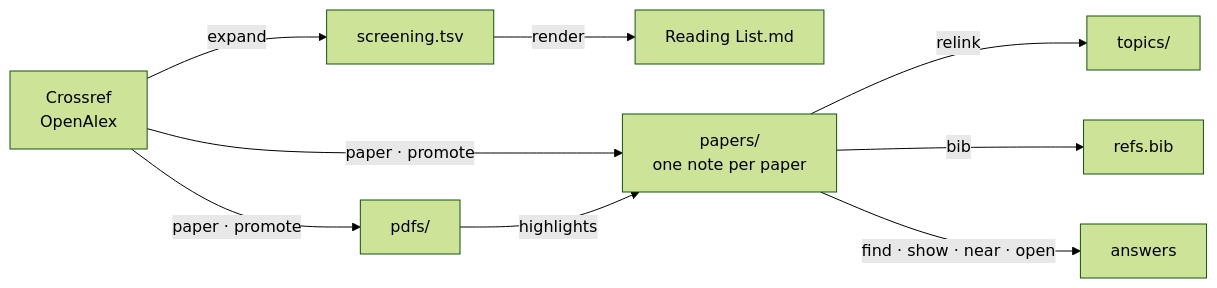
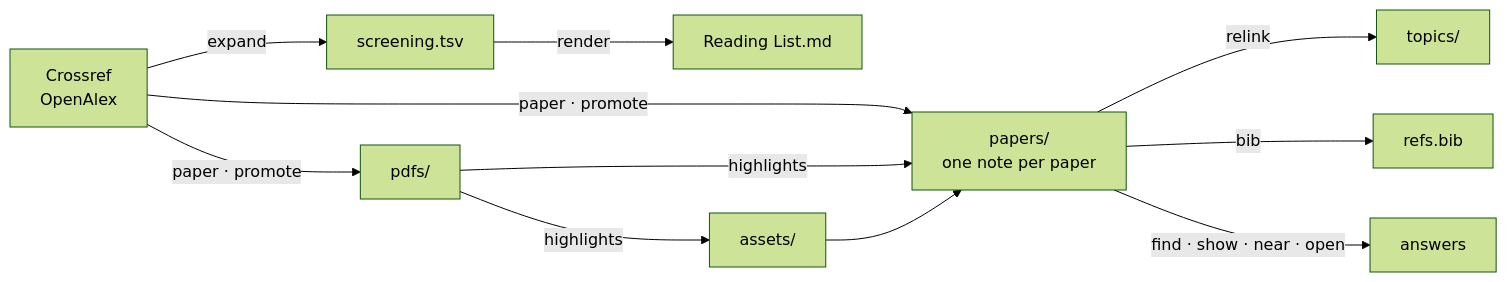
One commit to namitdeb739/research-assistant changed the diagram in README.md. Above: the diagram before and after it, drawn with Mermaid (forest theme). The commit also changed other lines of this file and 6 other files, not shown here.

First line of the commit message:
docs: specify the figure embed and release 0.5.0

````diff
--- a/README.md
+++ b/README.md
@@ -6,19 +6,22 @@
 ```mermaid
 flowchart LR
     IDX["Crossref<br/>OpenAlex"]
     LEDGER["screening.tsv"]
     LIST["Reading List.md"]
     NOTES["papers/<br/>one note per paper"]
     PDFS["pdfs/"]
+    ASSETS["assets/"]
     TOPICS["topics/"]
     BIB["refs.bib"]
 
     IDX -- "expand" --> LEDGER
     LEDGER -- "render" --> LIST
     IDX -- "paper · promote" --> NOTES
     IDX -- "paper · promote" --> PDFS
     PDFS -- "highlights" --> NOTES
+    PDFS -- "highlights" --> ASSETS
+    ASSETS --> NOTES
     NOTES -- "relink" --> TOPICS
     NOTES -- "bib" --> BIB
     NOTES -- "find · show · near · open" --> ANS["answers"]
 ```
````
